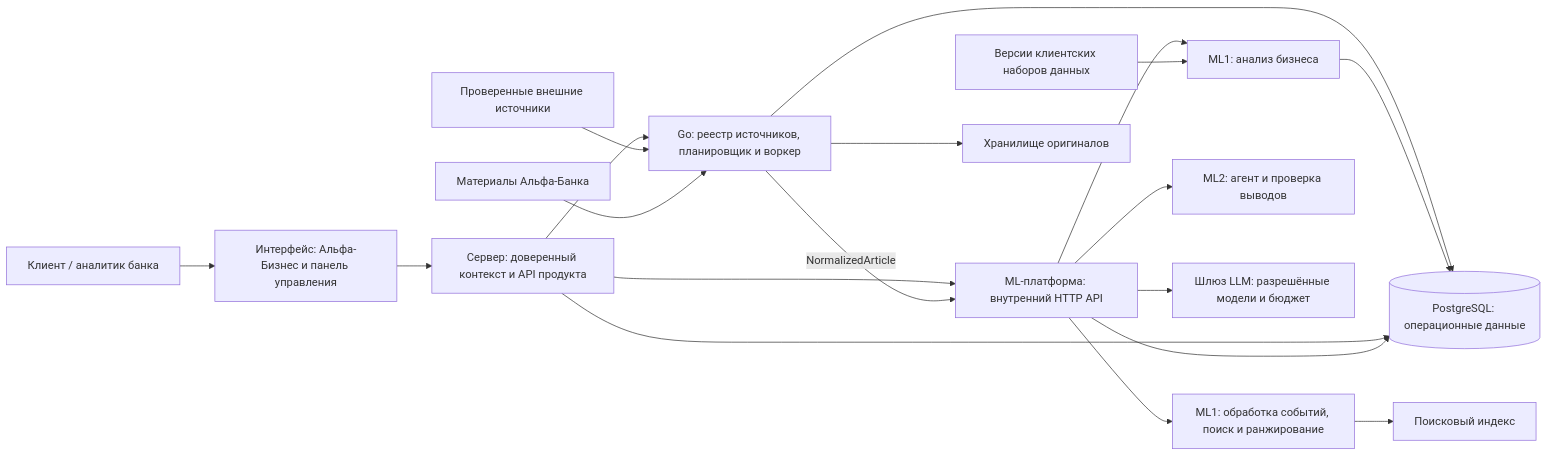
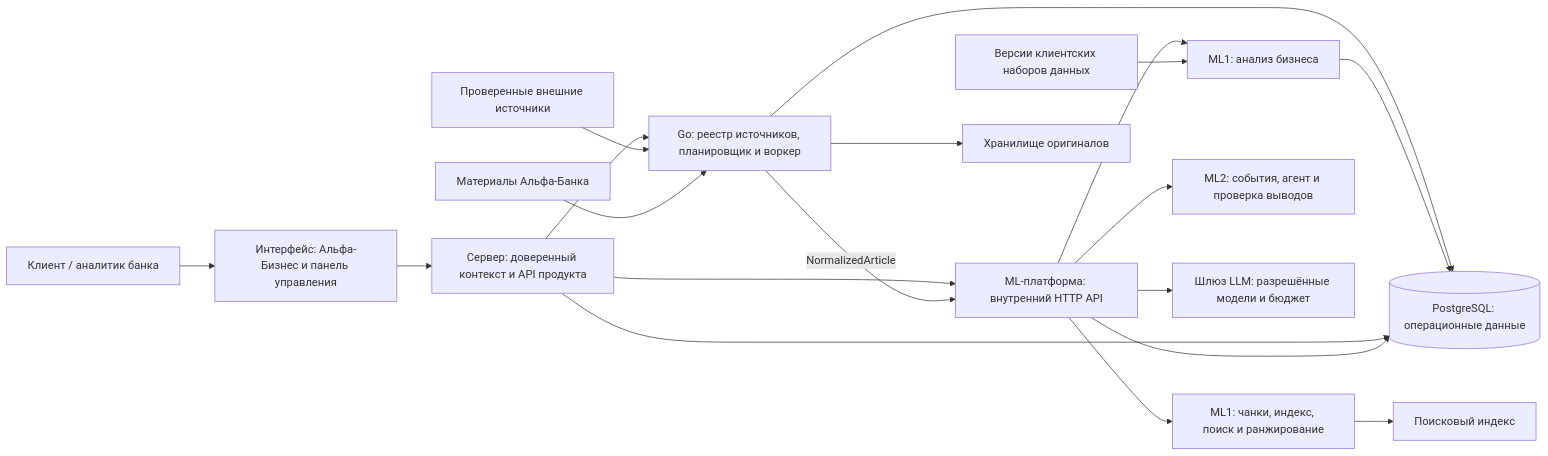
One commit to alfa-hackaton-team/burmalda changed the diagram in docs/architecture/architecture.md. Above: the diagram before and after it, drawn with Mermaid. The commit also changed other lines of this file and 8 other files, not shown here.

````diff
--- a/docs/architecture/architecture.md
+++ b/docs/architecture/architecture.md
@@ -11,21 +11,21 @@
 ```mermaid
 flowchart LR
   U[Клиент / аналитик банка] --> F[Интерфейс: Альфа-Бизнес и панель управления]
   F --> B[Сервер: доверенный контекст и API продукта]
   B --> M[ML-платформа: внутренний HTTP API]
   M --> C[ML1: анализ бизнеса]
-  M --> R[ML1: обработка событий, поиск и ранжирование]
-  M --> A[ML2: агент и проверка выводов]
+  M --> R[ML1: чанки, индекс, поиск и ранжирование]
+  M --> A[ML2: события, агент и проверка выводов]
   B --> I[Go: реестр источников, планировщик и воркер]
   I -->|NormalizedArticle| M
   I --> P
   X[Проверенные внешние источники] --> I
   L[Материалы Альфа-Банка] --> I
   D[Версии клиентских наборов данных] --> C
   C --> P[(PostgreSQL: операционные данные)]
   B --> P
   M --> P
   I --> W[Хранилище оригиналов]
   M --> G[Шлюз LLM: разрешённые модели и бюджет]
   R --> V[Поисковый индекс]
 ```
````
